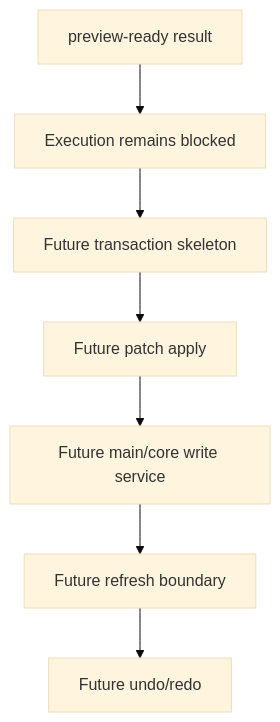
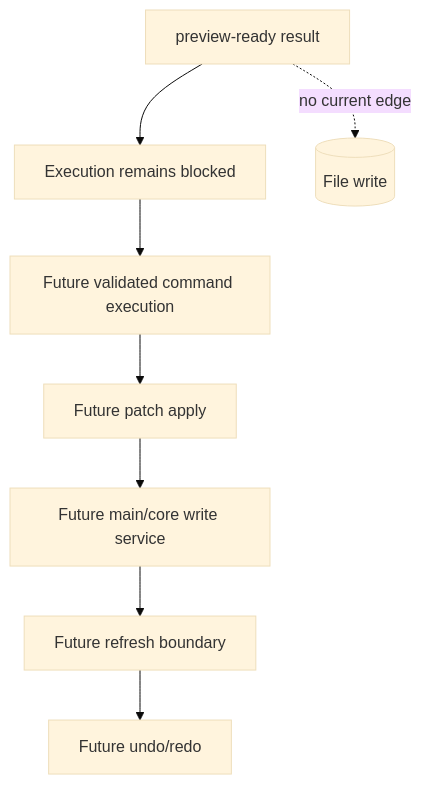
The diagram in docs/architecture/commands/future-command-execution.md (krestosa/Crystal), drawn with Mermaid (base theme) before and after one commit. The commit also changed other lines of this file and 12 other files, not shown here.

Commit message:
Add richer preview and command documentation

````diff
--- a/docs/architecture/commands/future-command-execution.md
+++ b/docs/architecture/commands/future-command-execution.md
@@ -15,9 +69,10 @@
 ```mermaid
 flowchart TD
   PreviewReady[preview-ready result] --> Blocked[Execution remains blocked]
-  Blocked --> FutureHistory[Future transaction skeleton]
-  FutureHistory --> FutureApply[Future patch apply]
-  FutureApply --> FutureWrite[Future main/core write service]
+  Blocked --> FutureCommand[Future validated command execution]
+  FutureCommand --> FuturePatch[Future patch apply]
+  FuturePatch --> FutureWrite[Future main/core write service]
   FutureWrite --> FutureRefresh[Future refresh boundary]
   FutureRefresh --> FutureUndo[Future undo/redo]
+  PreviewReady -. no current edge .-> FileWrite[(File write)]
 ```
````
